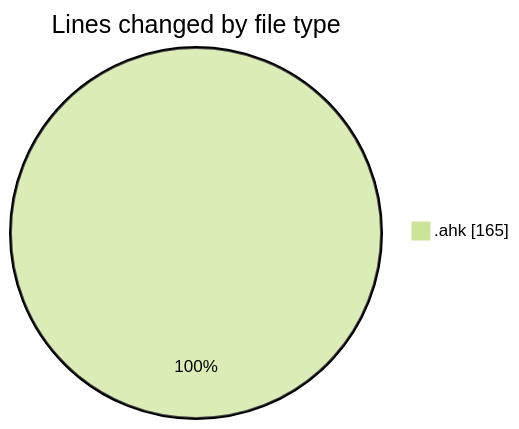
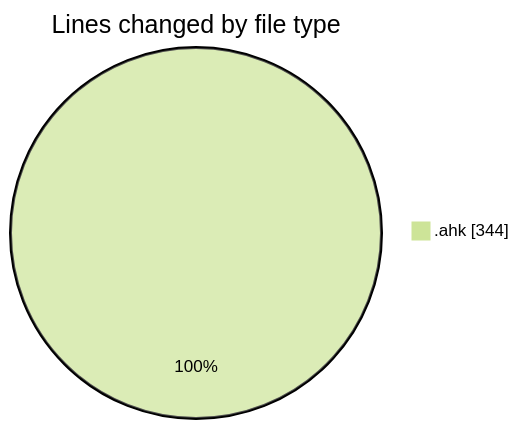
Before and after one commit to Ritupan-Deka/code-tracking: the first of 2 diagrams in 2025-01-26/desktop/README.md, drawn with Mermaid (forest theme). The commit also changed other lines of this file and 1 other file, not shown here.

````diff
--- a/2025-01-26/desktop/README.md
+++ b/2025-01-26/desktop/README.md
@@ -20,5 +20,5 @@
 ```mermaid
 pie showData
 title Lines changed by file type
-".ahk" : 165
+".ahk" : 344
 ```
````
